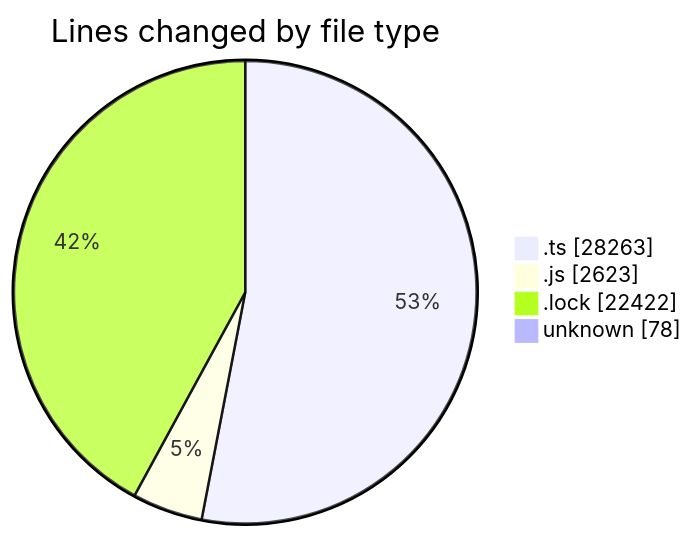
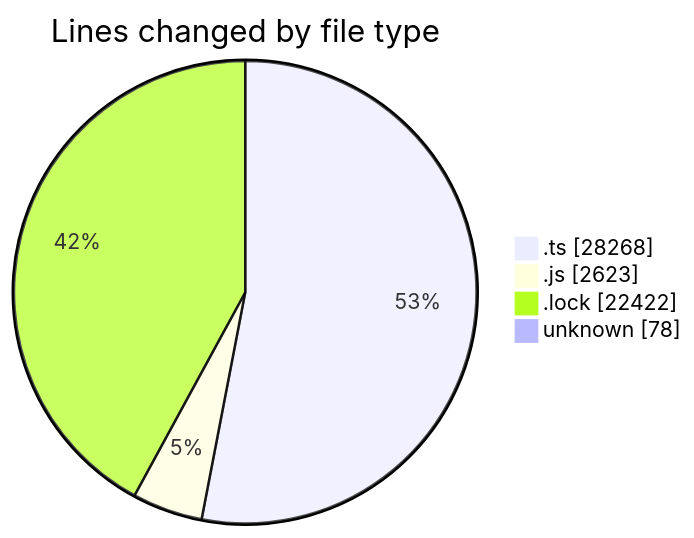
One commit to momahboobian/code-tracking changed the first of 2 diagrams in 2025-05-20/cda/README.md. Above: the diagram before and after it, drawn with Mermaid. The commit also changed other lines of this file and 1 other file, not shown here.

````diff
--- a/2025-05-20/cda/README.md
+++ b/2025-05-20/cda/README.md
@@ -42,8 +42,8 @@
 ```mermaid
 pie showData
 title Lines changed by file type
-".ts" : 28263
+".ts" : 28268
 ".js" : 2623
 ".lock" : 22422
 "unknown" : 78
 ```
````
